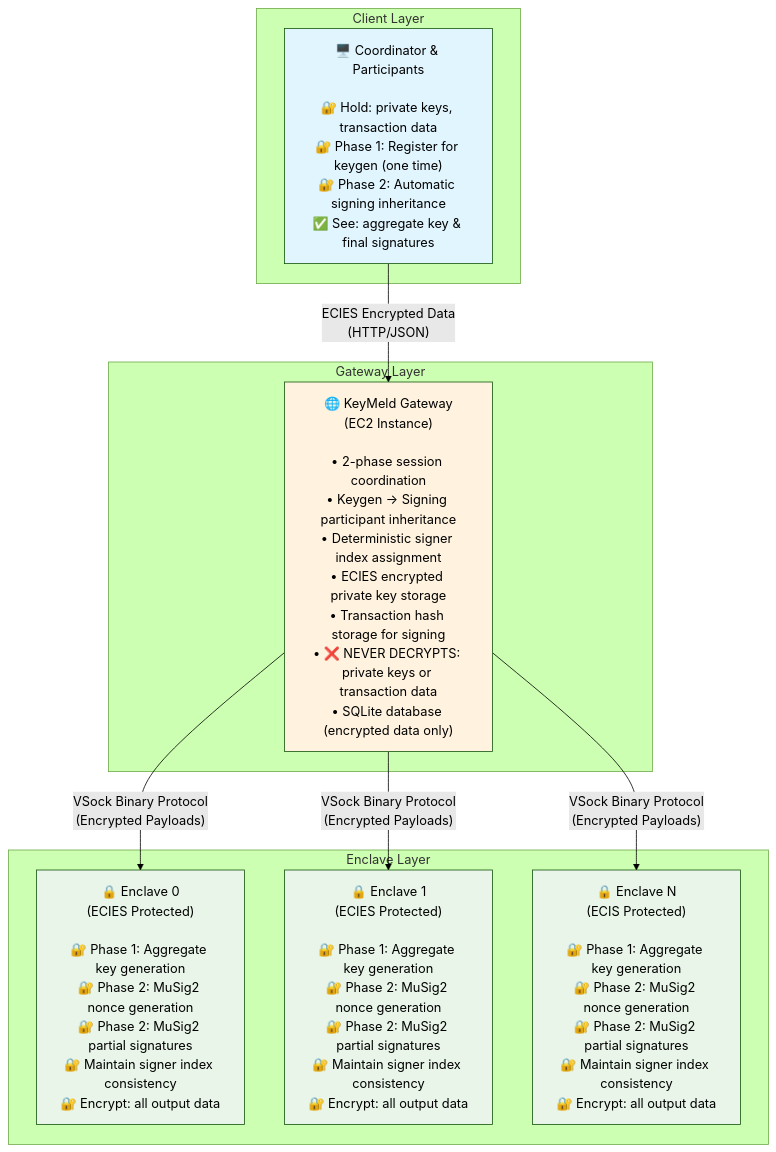
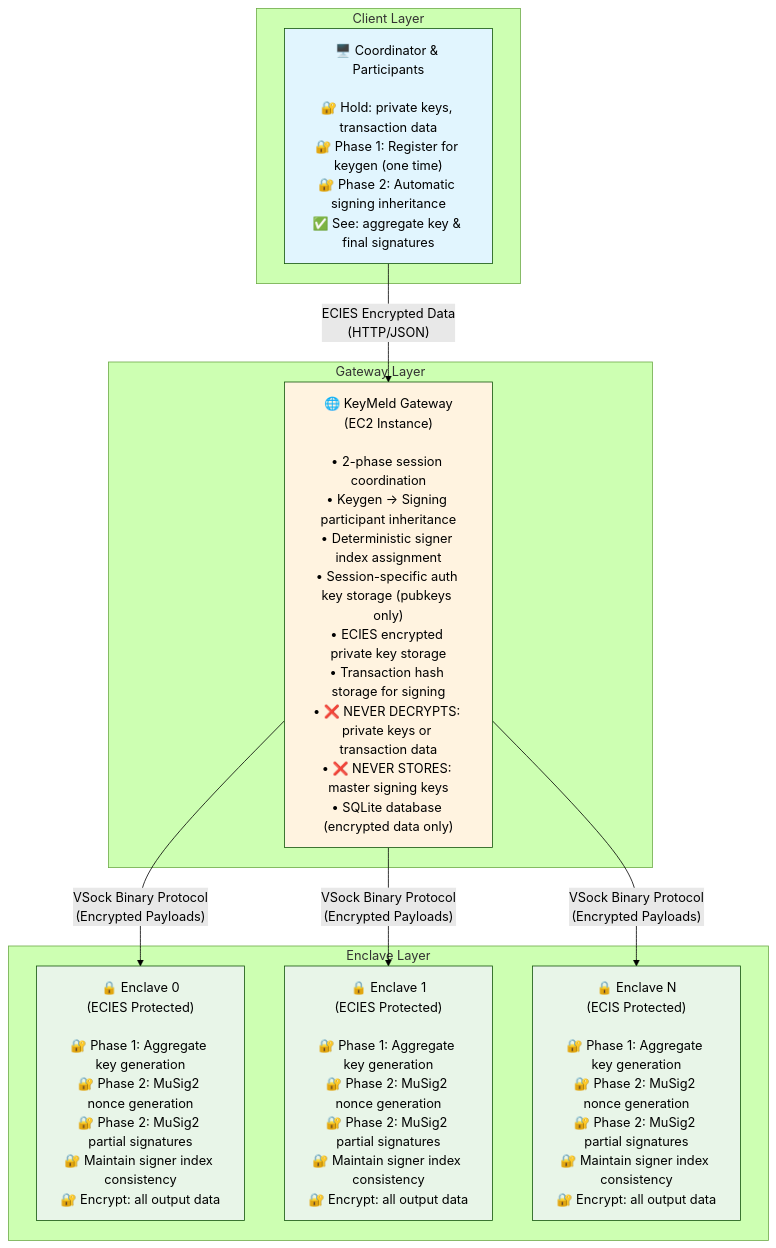
One commit to tee8z/keymeld changed the fourth of 5 diagrams in README.md. Above: the diagram before and after it, drawn with Mermaid (forest theme). The commit also changed other lines of this file and 112 other files, not shown here.

Commit message:
feat: add adapter signature support and refactor architecture (#10)

````diff
--- a/README.md
+++ b/README.md
@@ -387,27 +623,27 @@
 ```mermaid
 graph TB
     subgraph "Client Layer"
         CP["🖥️ Coordinator & Participants<br/><br/>🔐 Hold: private keys, transaction data<br/>🔐 Phase 1: Register for keygen (one time)<br/>🔐 Phase 2: Automatic signing inheritance<br/>✅ See: aggregate key & final signatures"]
     end
 
     subgraph "Gateway Layer"
-        KG["🌐 KeyMeld Gateway<br/>(EC2 Instance)<br/><br/>• 2-phase session coordination<br/>• Keygen → Signing participant inheritance<br/>• Deterministic signer index assignment<br/>• ECIES encrypted private key storage<br/>• Transaction hash storage for signing<br/>• ❌ NEVER DECRYPTS: private keys or transaction data<br/>• SQLite database (encrypted data only)"]
+        KG["🌐 KeyMeld Gateway<br/>(EC2 Instance)<br/><br/>• 2-phase session coordination<br/>• Keygen → Signing participant inheritance<br/>• Deterministic signer index assignment<br/>• Session-specific auth key storage (pubkeys only)<br/>• ECIES encrypted private key storage<br/>• Transaction hash storage for signing<br/>• ❌ NEVER DECRYPTS: private keys or transaction data<br/>• ❌ NEVER STORES: master signing keys<br/>• SQLite database (encrypted data only)"]
     end
 
     subgraph "Enclave Layer"
         E0["🔒 Enclave 0<br/>(ECIES Protected)<br/><br/>🔐 Phase 1: Aggregate key generation<br/>🔐 Phase 2: MuSig2 nonce generation<br/>🔐 Phase 2: MuSig2 partial signatures<br/>🔐 Maintain signer index consistency<br/>🔐 Encrypt: all output data"]
         E1["🔒 Enclave 1<br/>(ECIES Protected)<br/><br/>🔐 Phase 1: Aggregate key generation<br/>🔐 Phase 2: MuSig2 nonce generation<br/>🔐 Phase 2: MuSig2 partial signatures<br/>🔐 Maintain signer index consistency<br/>🔐 Encrypt: all output data"]
         EN["🔒 Enclave N<br/>(ECIS Protected)<br/><br/>🔐 Phase 1: Aggregate key generation<br/>🔐 Phase 2: MuSig2 nonce generation<br/>🔐 Phase 2: MuSig2 partial signatures<br/>🔐 Maintain signer index consistency<br/>🔐 Encrypt: all output data"]
     end
 
     CP -->|"ECIES Encrypted Data<br/>(HTTP/JSON)"| KG
     KG -->|"VSock Binary Protocol<br/>(Encrypted Payloads)"| E0
     KG -->|"VSock Binary Protocol<br/>(Encrypted Payloads)"| E1
     KG -->|"VSock Binary Protocol<br/>(Encrypted Payloads)"| EN
 
     style CP fill:#e1f5fe,color:#000000
     style KG fill:#fff3e0,color:#000000
     style E0 fill:#e8f5e8,color:#000000
     style E1 fill:#e8f5e8,color:#000000
     style EN fill:#e8f5e8,color:#000000
 ```
````
